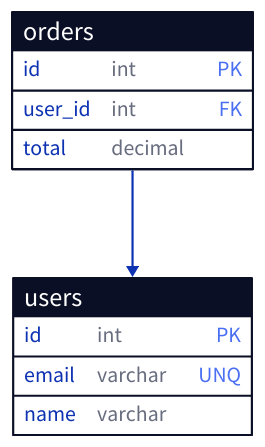
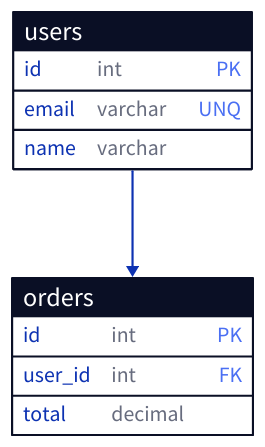
Diagram 13 of 21 in skills/d2/SKILL.md (syllr/skills), drawn with D2 before and after one commit. The commit also changed other lines of this file and 21 other files, not shown here.

````diff
--- a/skills/d2/SKILL.md
+++ b/skills/d2/SKILL.md
@@ -427,15 +399,15 @@
 ```d2
 users: {
   shape: sql_table
   id: int { constraint: primary_key }
   email: varchar { constraint: unique }
   name: varchar
 }
 orders: {
   shape: sql_table
   id: int { constraint: primary_key }
   user_id: int { constraint: foreign_key }
   total: decimal
 }
-users.id < orders.user_id
+users.id -> orders.user_id
 ```
````
